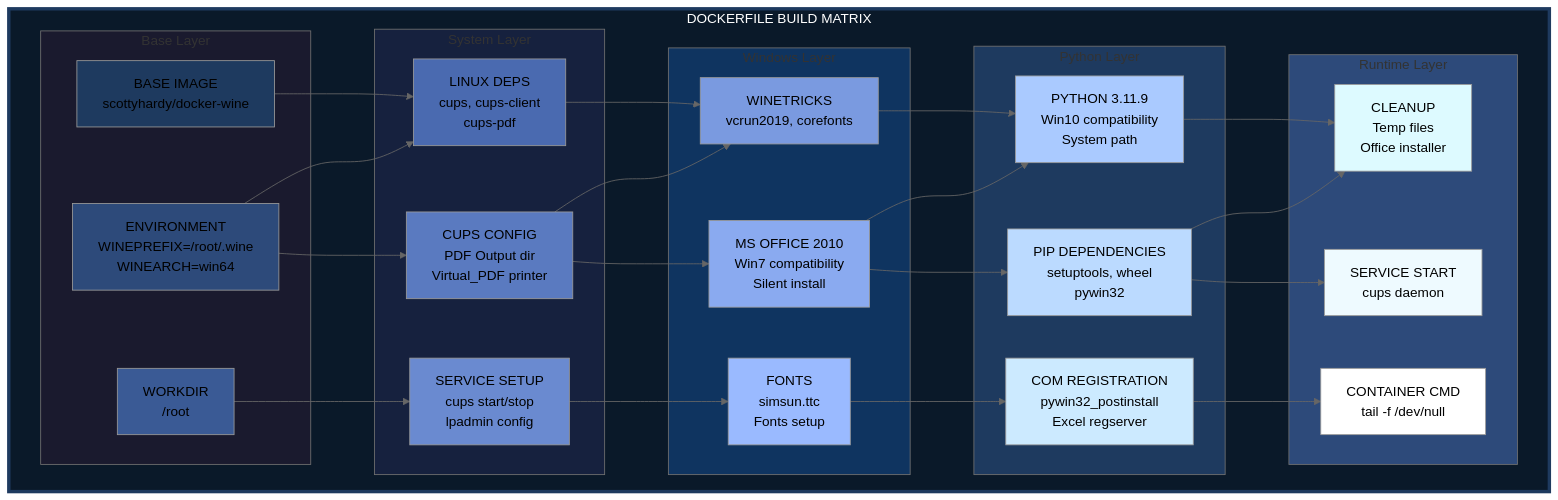
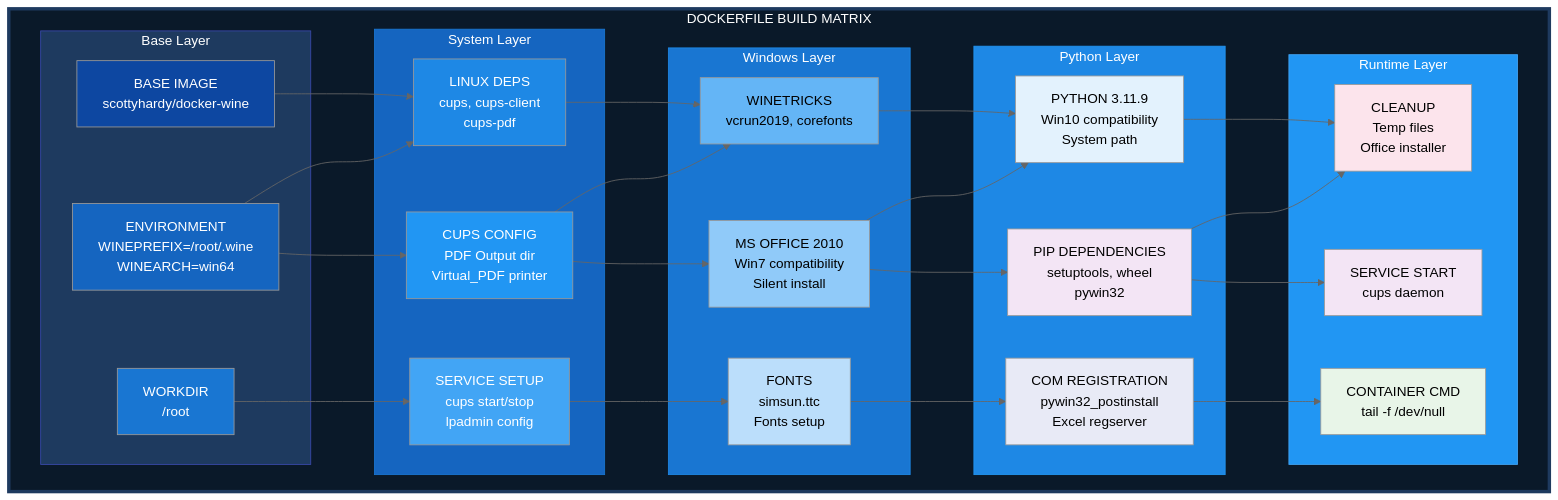
The diagram in README.md (MHUERTASR/pywin), drawn with Mermaid (neutral theme) before and after one commit.

Commit message:
Actualizar estilos del diagrama de flujo en el README para mejorar la claridad visual

````diff
--- a/README.md
+++ b/README.md
@@ -109,79 +109,80 @@
 ```mermaid
 flowchart TB
     subgraph MATRIX["DOCKERFILE BUILD MATRIX"]
         subgraph ROW1["Base Layer"]
             A1["BASE IMAGE<br/>scottyhardy/docker-wine"]
             A2["ENVIRONMENT<br/>WINEPREFIX=/root/.wine<br/>WINEARCH=win64"]
             A3["WORKDIR<br/>/root"]
         end
 
         subgraph ROW2["System Layer"]
             B1["LINUX DEPS<br/>cups, cups-client<br/>cups-pdf"]
             B2["CUPS CONFIG<br/>PDF Output dir<br/>Virtual_PDF printer"]
             B3["SERVICE SETUP<br/>cups start/stop<br/>lpadmin config"]
         end
 
         subgraph ROW3["Windows Layer"]
             C1["WINETRICKS<br/>vcrun2019, corefonts"]
             C2["MS OFFICE 2010<br/>Win7 compatibility<br/>Silent install"]
             C3["FONTS<br/>simsun.ttc<br/>Fonts setup"]
         end
 
         subgraph ROW4["Python Layer"]
             D1["PYTHON 3.11.9<br/>Win10 compatibility<br/>System path"]
             D2["PIP DEPENDENCIES<br/>setuptools, wheel<br/>pywin32"]
             D3["COM REGISTRATION<br/>pywin32_postinstall<br/>Excel regserver"]
         end
 
         subgraph ROW5["Runtime Layer"]
             E1["CLEANUP<br/>Temp files<br/>Office installer"]
             E2["SERVICE START<br/>cups daemon"]
             E3["CONTAINER CMD<br/>tail -f /dev/null"]
         end
     end
 
     %% Conexiones verticales y horizontales
     A1 --> B1
     A2 --> B2
     A3 --> B3
     
     B1 --> C1
     B2 --> C2
     B3 --> C3
     
     C1 --> D1
     C2 --> D2
     C3 --> D3
     
     D1 --> E1
     D2 --> E2
     D3 --> E3
 
     %% Conexiones cruzadas
     A2 --> B1
     B2 --> C1
     C2 --> D1
     D2 --> E1
 
     style MATRIX fill:#0a1929,stroke:#1e3a5f,stroke-width:4px,color:#ffffff
-    style ROW1 fill:#1a1a2e
-    style ROW2 fill:#16213e
-    style ROW3 fill:#0f3460
-    style ROW4 fill:#1e3a5f
-    style ROW5 fill:#2d4a7a
-    style A1 fill:#1e3a5f
-    style A2 fill:#2d4a7a
-    style A3 fill:#3a5a95
-    style B1 fill:#4a6ab0
-    style B2 fill:#5a7ac0
-    style B3 fill:#6a8ad0
-    style C1 fill:#7a9ae0
-    style C2 fill:#8aaaf0
-    style C3 fill:#9abaff
-    style D1 fill:#aacaff
-    style D2 fill:#bbdaff
-    style D3 fill:#cceaff
-    style E1 fill:#ddfaff
-    style E2 fill:#eefaff
-    style E3 fill:#ffffff
+    style ROW1 fill:#1e3a5f,stroke:#3949ab,color:#ffffff
+    style ROW2 fill:#1565c0,stroke:#1976d2,color:#ffffff
+    style ROW3 fill:#1976d2,stroke:#1e88e5,color:#ffffff
+    style ROW4 fill:#1e88e5,stroke:#2196f3,color:#ffffff
+    style ROW5 fill:#2196f3,stroke:#42a5f5,color:#ffffff
+    
+    style A1 fill:#0d47a1,color:#ffffff
+    style A2 fill:#1565c0,color:#ffffff
+    style A3 fill:#1976d2,color:#ffffff
+    style B1 fill:#1e88e5,color:#ffffff
+    style B2 fill:#2196f3,color:#ffffff
+    style B3 fill:#42a5f5,color:#ffffff
+    style C1 fill:#64b5f6,color:#000000
+    style C2 fill:#90caf9,color:#000000
+    style C3 fill:#bbdefb,color:#000000
+    style D1 fill:#e3f2fd,color:#000000
+    style D2 fill:#f3e5f5,color:#000000
+    style D3 fill:#e8eaf6,color:#000000
+    style E1 fill:#fce4ec,color:#000000
+    style E2 fill:#f3e5f5,color:#000000
+    style E3 fill:#e8f5e8,color:#000000
 ```
````
